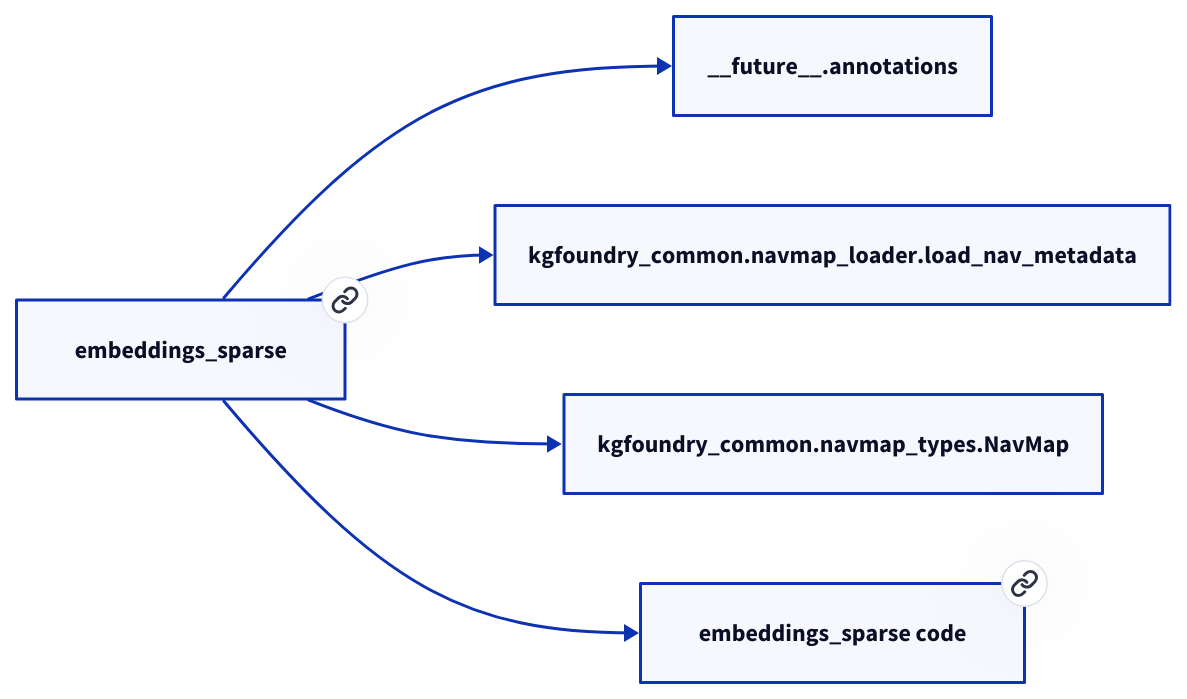
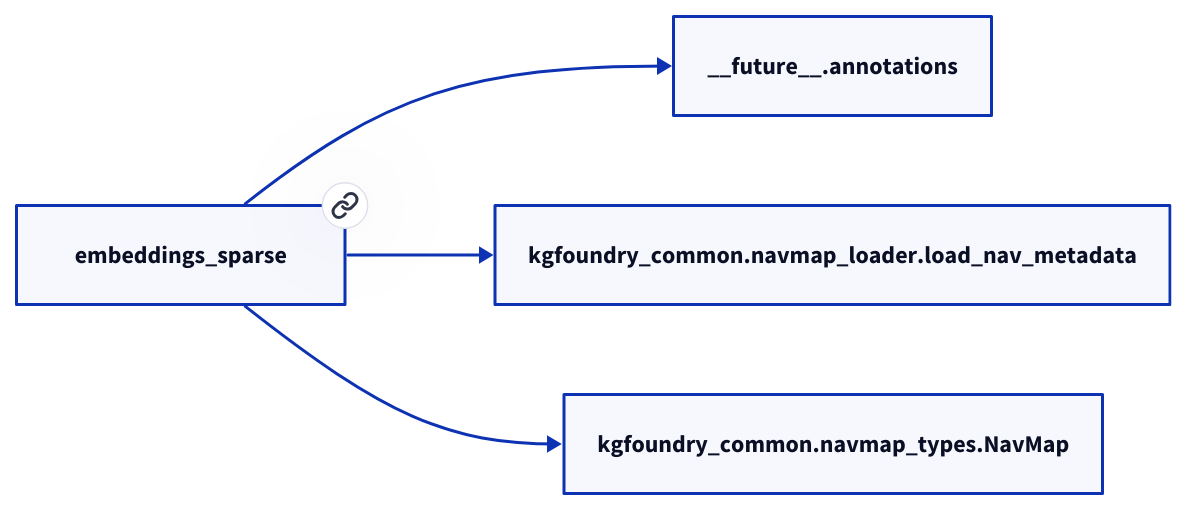
One commit to paul-heyse/kgforge changed the diagram in docs/modules/embeddings_sparse.md. Above: the diagram before and after it, drawn with D2. The commit also changed other lines of this file and 118 other files, not shown here.

````diff
--- a/docs/modules/embeddings_sparse.md
+++ b/docs/modules/embeddings_sparse.md
@@ -17,12 +15,10 @@
 ```d2
 direction: right
-"embeddings_sparse": "embeddings_sparse" { link: "./embeddings_sparse.md" }
+"embeddings_sparse": "embeddings_sparse" { link: "embeddings_sparse.md" }
 "__future__.annotations": "__future__.annotations"
 "embeddings_sparse" -> "__future__.annotations"
 "kgfoundry_common.navmap_loader.load_nav_metadata": "kgfoundry_common.navmap_loader.load_nav_metadata"
 "embeddings_sparse" -> "kgfoundry_common.navmap_loader.load_nav_metadata"
 "kgfoundry_common.navmap_types.NavMap": "kgfoundry_common.navmap_types.NavMap"
 "embeddings_sparse" -> "kgfoundry_common.navmap_types.NavMap"
-"embeddings_sparse_code": "embeddings_sparse code" { link: "https://github.com/kgfoundry/kgfoundry/blob/main/src/embeddings_sparse/__init__.py" }
-"embeddings_sparse" -> "embeddings_sparse_code" { style: dashed }
 ```
````
